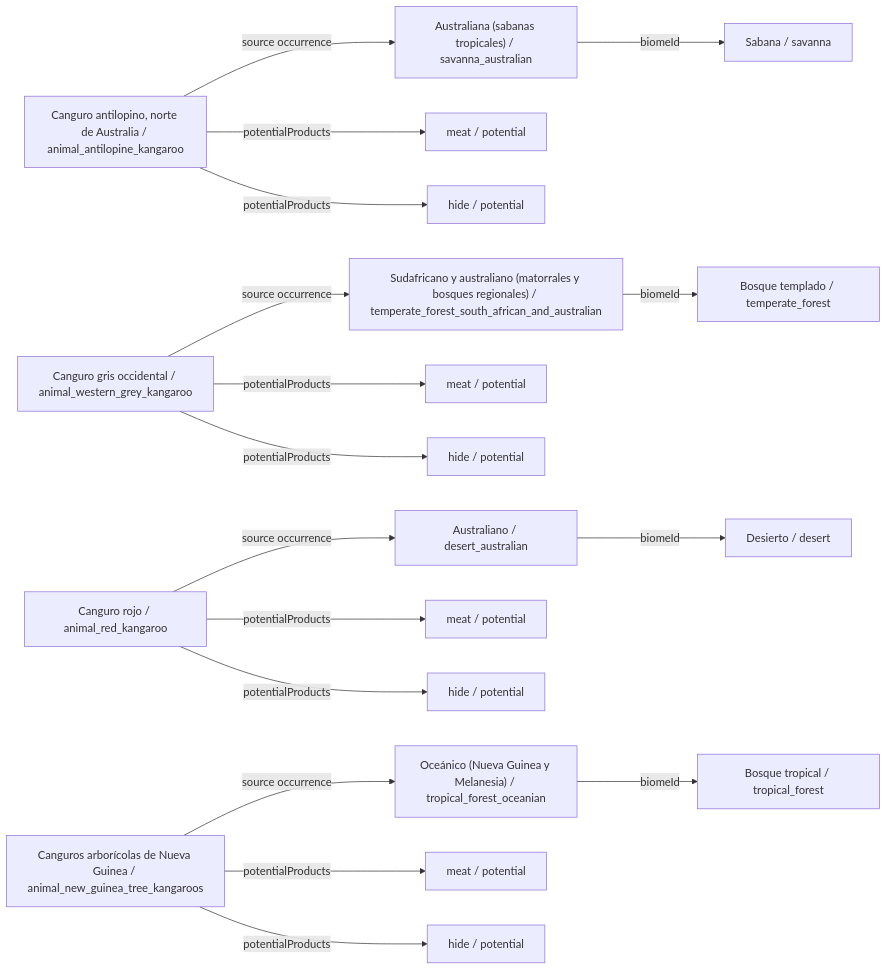
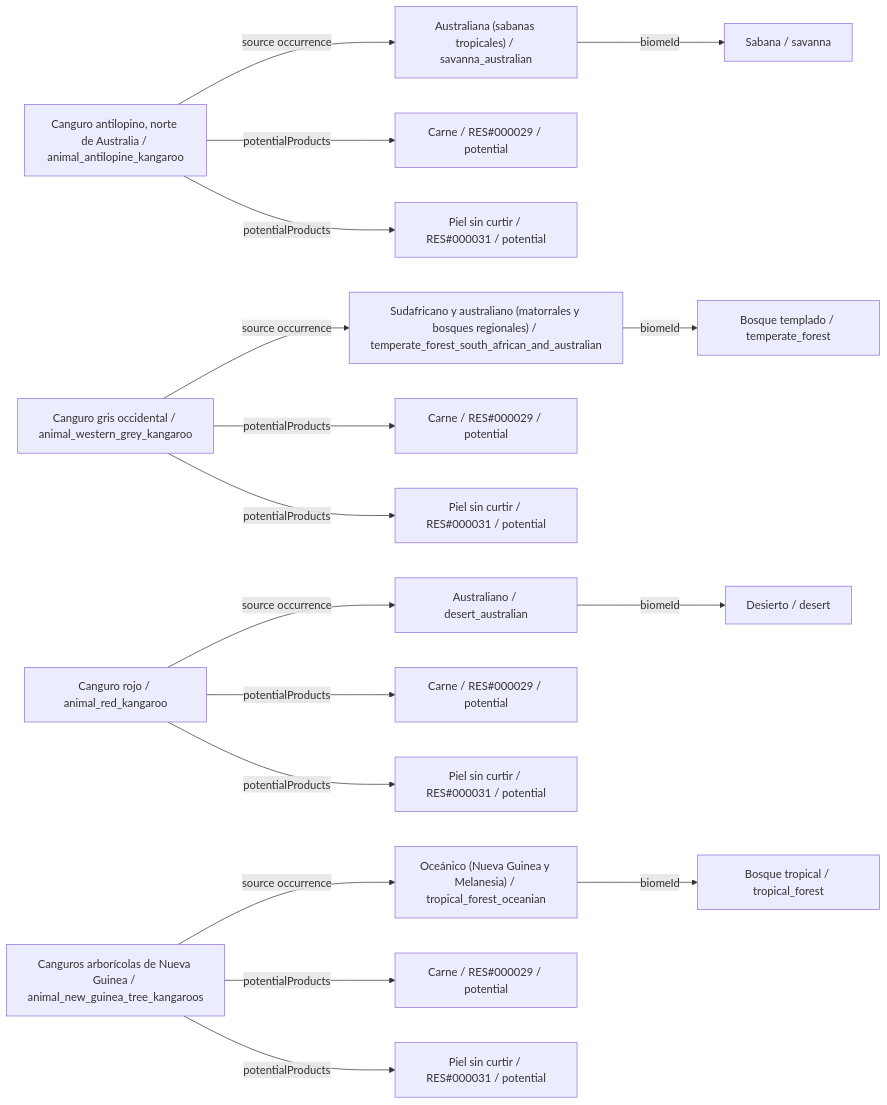
The sixth of 34 diagrams in data/animals/DIAGRAMS.es.md (fgabo404/EvolveDoc), drawn with Mermaid before and after one commit. The commit also changed other lines of this file and 50 other files, not shown here.

````diff
--- a/data/animals/DIAGRAMS.es.md
+++ b/data/animals/DIAGRAMS.es.md
@@ -355,39 +355,39 @@
 ```mermaid
 flowchart LR
     c0["Canguro antilopino, norte de Australia / animal_antilopine_kangaroo"]
     v14["Australiana (sabanas tropicales) / savanna_australian"]
     b3["Sabana / savanna"]
-    o0_0["meat / potential"]
-    o0_1["hide / potential"]
+    o0_0["Carne / RES#000029 / potential"]
+    o0_1["Piel sin curtir / RES#000031 / potential"]
     c1["Canguro gris occidental / animal_western_grey_kangaroo"]
     v6["Sudafricano y australiano (matorrales y bosques regionales) / temperate_forest_south_african_and_australian"]
     b1["Bosque templado / temperate_forest"]
-    o1_0["meat / potential"]
-    o1_1["hide / potential"]
+    o1_0["Carne / RES#000029 / potential"]
+    o1_1["Piel sin curtir / RES#000031 / potential"]
     c2["Canguro rojo / animal_red_kangaroo"]
     v18["Australiano / desert_australian"]
     b4["Desierto / desert"]
-    o2_0["meat / potential"]
-    o2_1["hide / potential"]
+    o2_0["Carne / RES#000029 / potential"]
+    o2_1["Piel sin curtir / RES#000031 / potential"]
     c3["Canguros arborícolas de Nueva Guinea / animal_new_guinea_tree_kangaroos"]
     v3["Oceánico (Nueva Guinea y Melanesia) / tropical_forest_oceanian"]
     b0["Bosque tropical / tropical_forest"]
-    o3_0["meat / potential"]
-    o3_1["hide / potential"]
+    o3_0["Carne / RES#000029 / potential"]
+    o3_1["Piel sin curtir / RES#000031 / potential"]
     c0 -->|potentialProducts| o0_0
     c0 -->|potentialProducts| o0_1
     c0 -->|source occurrence| v14
     c1 -->|potentialProducts| o1_0
     c1 -->|potentialProducts| o1_1
     c1 -->|source occurrence| v6
     c2 -->|potentialProducts| o2_0
     c2 -->|potentialProducts| o2_1
     c2 -->|source occurrence| v18
     c3 -->|potentialProducts| o3_0
     c3 -->|potentialProducts| o3_1
     c3 -->|source occurrence| v3
     v14 -->|biomeId| b3
     v18 -->|biomeId| b4
     v3 -->|biomeId| b0
     v6 -->|biomeId| b1
 ```
````
